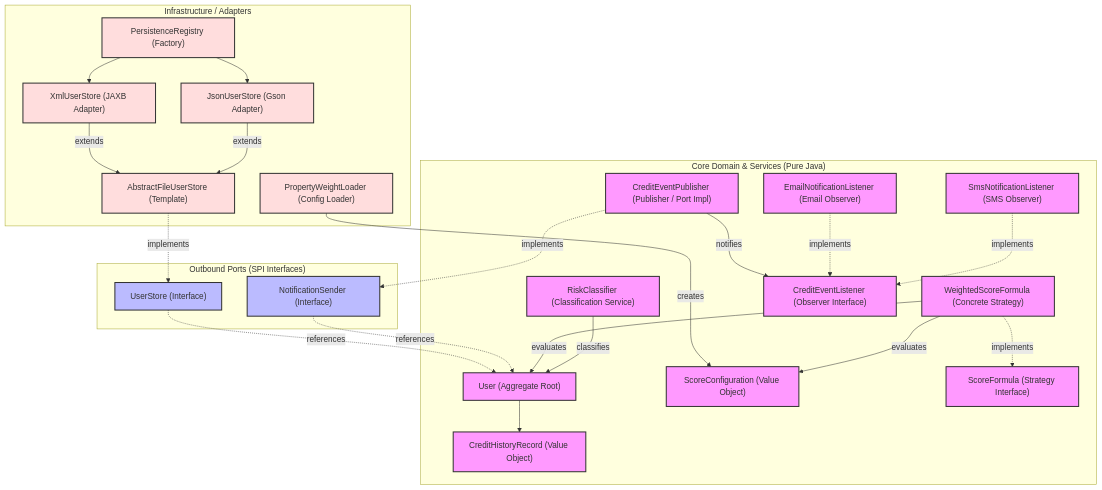
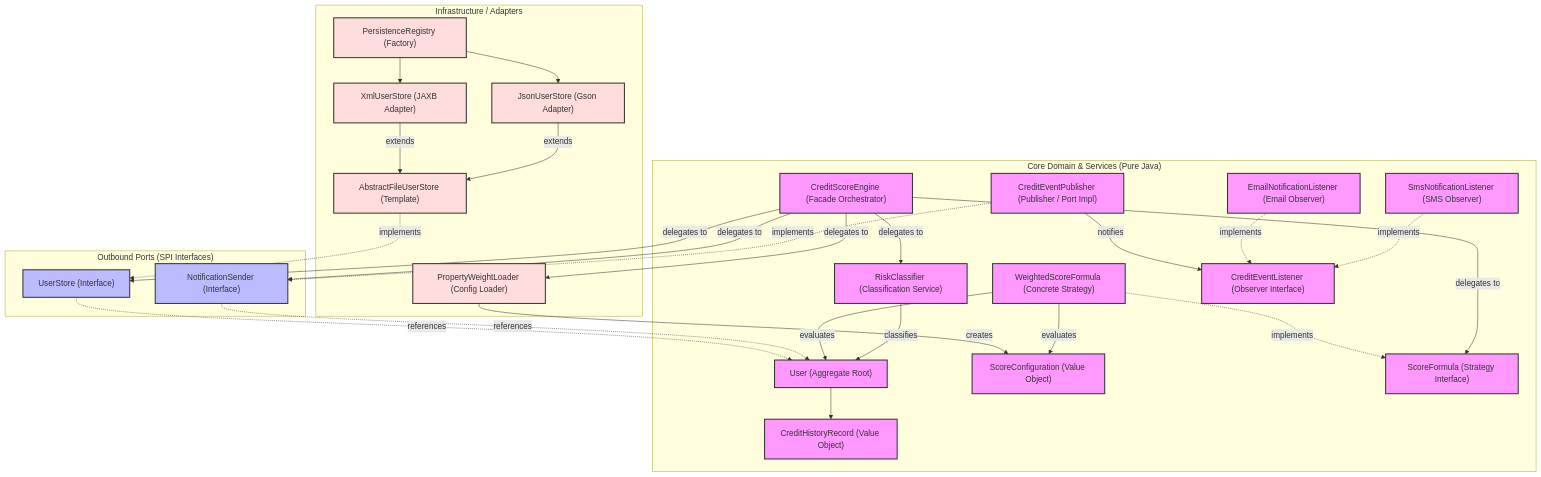
One commit to Pinkylml/CreditScoreManagement changed the first of 2 diagrams in docs/01_architecture_overview.md. Above: the diagram before and after it, drawn with Mermaid. The commit also changed other lines of this file and 9 other files, not shown here.

````diff
--- a/docs/01_architecture_overview.md
+++ b/docs/01_architecture_overview.md
@@ -11,55 +11,63 @@
 ```mermaid
 graph TD
     %% Define styles
     classDef domain fill:#f9f,stroke:#333,stroke-width:2px;
     classDef ports fill:#bbf,stroke:#333,stroke-width:2px;
     classDef infra fill:#fdd,stroke:#333,stroke-width:2px;
 
     %% Hexagonal boundaries
     subgraph CoreDomain ["Core Domain & Services (Pure Java)"]
         User["User (Aggregate Root)"]:::domain
         CHR["CreditHistoryRecord (Value Object)"]:::domain
         ScoreConfig["ScoreConfiguration (Value Object)"]:::domain
         ScoreFormula["ScoreFormula (Strategy Interface)"]:::domain
         WeightedScoreFormula["WeightedScoreFormula (Concrete Strategy)"]:::domain
         RiskClassifier["RiskClassifier (Classification Service)"]:::domain
         CreditEventListener["CreditEventListener (Observer Interface)"]:::domain
         EmailNotificationListener["EmailNotificationListener (Email Observer)"]:::domain
         SmsNotificationListener["SmsNotificationListener (SMS Observer)"]:::domain
         CreditEventPublisher["CreditEventPublisher (Publisher / Port Impl)"]:::domain
+        Engine["CreditScoreEngine (Facade Orchestrator)"]:::domain
     end
 
     subgraph Ports ["Outbound Ports (SPI Interfaces)"]
         UserStore["UserStore (Interface)"]:::ports
         NotificationSender["NotificationSender (Interface)"]:::ports
     end
 
     subgraph Infrastructure ["Infrastructure / Adapters"]
         PersistenceRegistry["PersistenceRegistry (Factory)"]:::infra
         AbstractFileUserStore["AbstractFileUserStore (Template)"]:::infra
         XmlUserStore["XmlUserStore (JAXB Adapter)"]:::infra
         JsonUserStore["JsonUserStore (Gson Adapter)"]:::infra
         PropertyWeightLoader["PropertyWeightLoader (Config Loader)"]:::infra
     end
 
     %% Relationships
     User --> CHR
     UserStore -.->|references| User
     AbstractFileUserStore -.->|implements| UserStore
     XmlUserStore -->|extends| AbstractFileUserStore
     JsonUserStore -->|extends| AbstractFileUserStore
     PersistenceRegistry --> XmlUserStore
     PersistenceRegistry --> JsonUserStore
     NotificationSender -.->|references| User
     PropertyWeightLoader -->|creates| ScoreConfig
     WeightedScoreFormula -.->|implements| ScoreFormula
     WeightedScoreFormula -->|evaluates| User
     WeightedScoreFormula -->|evaluates| ScoreConfig
     RiskClassifier -->|classifies| User
 
+    %% Facade Orchestration wiring
+    Engine -->|delegates to| UserStore
+    Engine -->|delegates to| NotificationSender
+    Engine -->|delegates to| ScoreFormula
+    Engine -->|delegates to| RiskClassifier
+    Engine -->|delegates to| PropertyWeightLoader
+
     %% Observer wiring
     CreditEventPublisher -.->|implements| NotificationSender
     CreditEventPublisher -->|notifies| CreditEventListener
     EmailNotificationListener -.->|implements| CreditEventListener
     SmsNotificationListener -.->|implements| CreditEventListener
 ```
````
